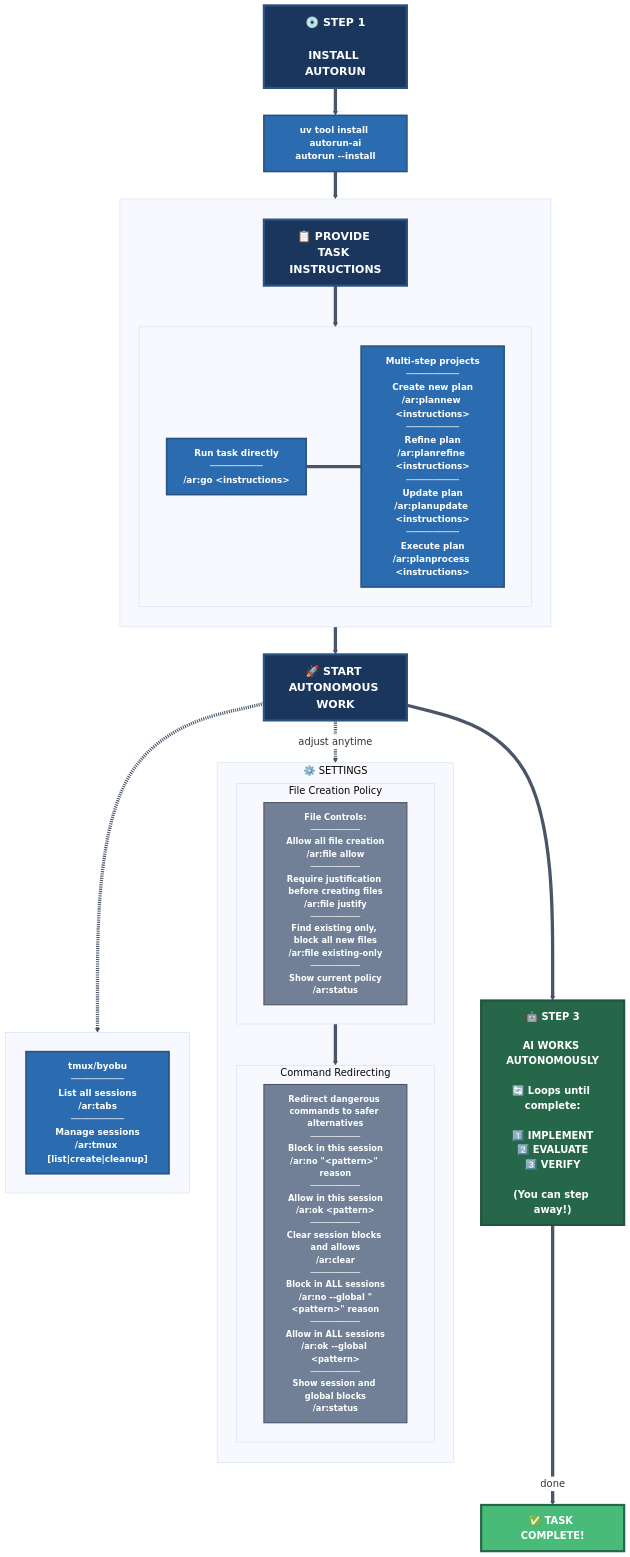
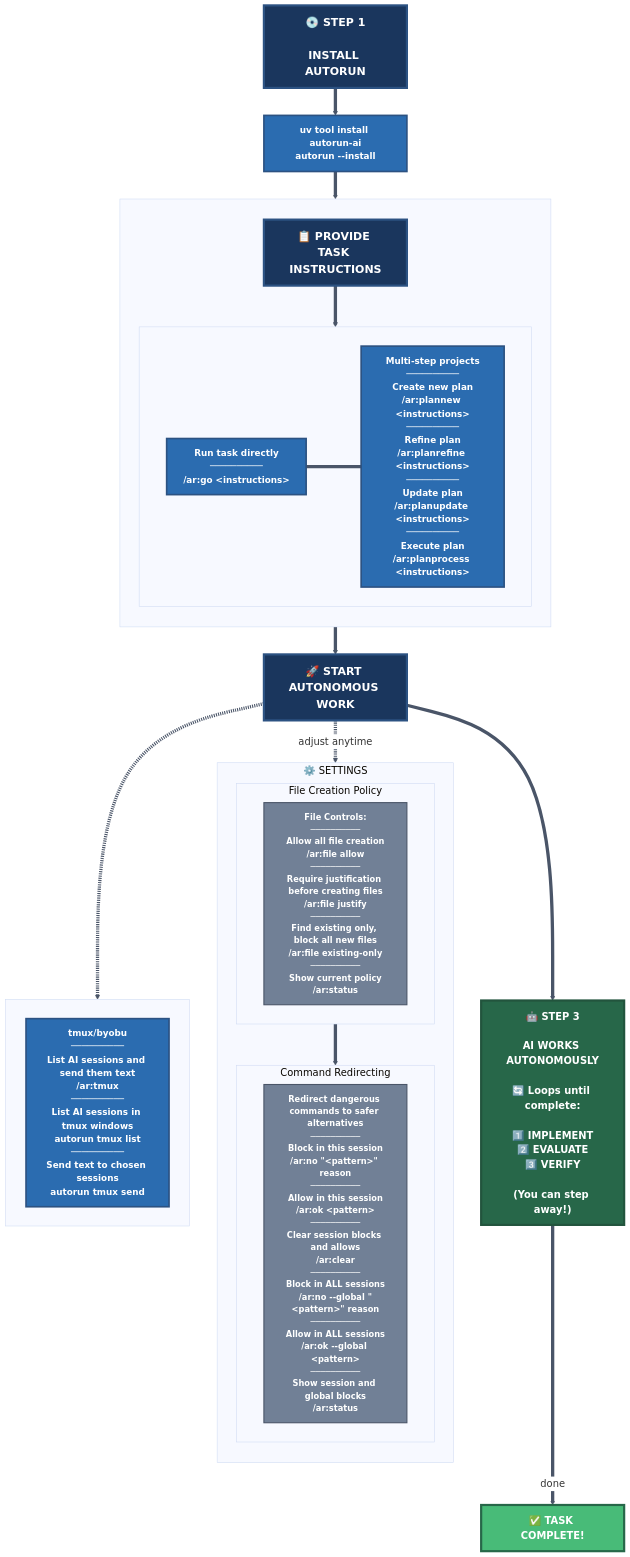
One commit to ahundt/autorun changed the diagram in autorun-architecture.mmd. Above: the diagram before and after it, drawn with Mermaid. The commit also changed 1 other file, not shown here.

Commit message:
autorun-architecture.mmd, autorun-architecture.svg: name /ar:tmux and autorun tmux list/send
Previous behavior: the tmux/byobu box listed "/ar:tabs" for listing sessions
and "/ar:tmux [list|create|cleanup]" for managing them. Neither command is in
the rc4 surface: commands/tmux.md was removed when command documents were
reduced to one per command, and the tmux command replaces the tabs skill
with the tmux skill (/ar:tmux), whose actions are `autorun tmux list` and
`autorun tmux send`.

Change: the box reads "/ar:tmux" (list AI sessions and send them text),
"autorun tmux list" and "autorun tmux send". The SVG was regenerated from the
.mmd with the locally installed mermaid-cli (mmdc 11.12.0, nothing
downloaded); the rendered PNG was checked for layout.

The diagram matches the shipped `skills/tmux/SKILL.md` and the `tmux`
subparser in __main__.py.

Verification: the SVG no longer contains "/ar:tabs" and contains "/ar:tmux"
and "autorun tmux send"; test_documentation_consistency.py and
test_command_surface_one_name.py: 407 passed.

```diff
--- a/autorun-architecture.mmd
+++ b/autorun-architecture.mmd
@@ -1,91 +1,91 @@
 %% Regenerate SVG: npx @mermaid-js/mermaid-cli mmdc -i autorun-architecture.mmd -o autorun-architecture.svg
 %%{init: {'theme': 'base', 'themeVariables': { 'fontSize': '18px', 'fontFamily': 'Arial', 'maxTextWidth': 300, 'subgraphBkg': '#f7fafc', 'lineColor': '#4a5568', 'edgeLabelBackground': '#ffffff'}}}%%
 flowchart TD
     %% ========================================
     %%  STYLING
     %% ========================================
     classDef stepBox fill:#1a365d,stroke:#2c5282,stroke-width:4px,color:#fff,font-size:20px,font-weight:bold;
     classDef choiceBox fill:#2b6cb0,stroke:#2c5282,stroke-width:3px,color:#fff,font-size:16px,font-weight:bold;
     classDef aiBox fill:#276749,stroke:#22543d,stroke-width:4px,color:#fff,font-size:18px,font-weight:bold;
     classDef guardBox fill:#c53030,stroke:#742a2a,stroke-width:3px,color:#fff,font-size:14px,font-weight:bold;
     classDef safeBox fill:#ed8936,stroke:#c05621,stroke-width:3px,color:#fff,font-size:16px,font-weight:bold;
     classDef doneBox fill:#48bb78,stroke:#276749,stroke-width:4px,color:#fff,font-size:18px,font-weight:bold;
     classDef settingBox fill:#718096,stroke:#4a5568,stroke-width:2px,color:#fff,font-size:15px,font-weight:bold;
     classDef settingsPanel fill:#e2e8f0,stroke:#a0aec0,stroke-width:2px,color:#2d3748,font-size:15px,font-weight:bold;
 
     %% ========================================
     %%  STEP 1: INSTALL
     %% ========================================
     INSTALL["💿 STEP 1<br/><br/>INSTALL AUTORUN"]:::stepBox
     INSTALL_CMD["uv tool install autorun-ai<br/>autorun --install"]:::choiceBox
 
     %% ========================================
     %%  SETTINGS PANEL (Always available)
     %% ========================================
     subgraph SETTINGS["⚙️ SETTINGS"]
         direction TB
 
         subgraph FILE_SET["File Creation Policy"]
             F1["<b>File Controls:</b><br/>──────────<br/><b>Allow all file creation</b><br/>/ar:file allow<br/>──────────<br/><b>Require justification before creating files</b><br/>/ar:file justify<br/>──────────<br/><b>Find existing only, block all new files</b><br/>/ar:file existing-only<br/>──────────<br/><b>Show current policy</b><br/>/ar:status"]:::settingBox
         end
 
         FILE_SET --> BLOCK_SET
 
         subgraph BLOCK_SET["Command Redirecting"]
             direction LR
             B1["<b>Redirect dangerous commands to safer alternatives</b><br/>──────────<br/><b>Block in this session</b><br/>/ar:no #quot;&lt;pattern&gt;#quot; reason<br/>──────────<br/><b>Allow in this session</b><br/>/ar:ok &lt;pattern&gt;<br/>──────────<br/><b>Clear session blocks and allows</b><br/>/ar:clear<br/>──────────<br/><b>Block in ALL sessions</b><br/>/ar:no --global #quot;&lt;pattern&gt;#quot; reason<br/>──────────<br/><b>Allow in ALL sessions</b><br/>/ar:ok --global &lt;pattern&gt;<br/>──────────<br/><b>Show session and global blocks</b><br/>/ar:status"]:::settingBox
         end
     end
 
     %% ========================================
     %%  STEP 2: CHOOSE HOW AI WORKS
     %% ========================================
     subgraph WORKFLOW_OPTIONS[" "]
         direction TB
         PROVIDE["📋 PROVIDE TASK INSTRUCTIONS"]:::stepBox
         subgraph WORKFLOW_CMDS[" "]
             direction LR
             W1["<b>Run task directly</b><br/>──────────<br/>/ar:go &lt;instructions&gt;"]:::choiceBox
 
             W2["<b>Multi-step projects</b><br/>──────────<br/><b>Create new plan</b><br/>/ar:plannew &lt;instructions&gt;<br/>──────────<br/><b>Refine plan</b><br/>/ar:planrefine &lt;instructions&gt;<br/>──────────<br/><b>Update plan</b><br/>/ar:planupdate &lt;instructions&gt;<br/>──────────<br/><b>Execute plan</b><br/>/ar:planprocess &lt;instructions&gt;"]:::choiceBox
 
             W1 --- W2
         end
         PROVIDE --> WORKFLOW_CMDS
     end
 
     WORKFLOW["🚀 START AUTONOMOUS WORK"]:::stepBox
 
     %% ========================================
     %%  STEP 3: AI WORKS
     %% ========================================
     AI_ENGINE["🤖 STEP 3<br/><br/>AI WORKS AUTONOMOUSLY<br/><br/>🔄 Loops until complete:<br/><br/>1️⃣ IMPLEMENT<br/>2️⃣ EVALUATE<br/>3️⃣ VERIFY<br/><br/>(You can step away!)"]:::aiBox
 
     %% ========================================
     %%  MONITOR & CONTROL (Optional)
     %% ========================================
     subgraph CONTROL_OPTIONS[" "]
         direction LR
-        C1["<b>tmux/byobu</b><br/>──────────<br/><b>List all sessions</b><br/>/ar:tabs<br/>──────────<br/><b>Manage sessions</b><br/>/ar:tmux [list|create|cleanup]"]:::choiceBox
+        C1["<b>tmux/byobu</b><br/>──────────<br/><b>List AI sessions and send them text</b><br/>/ar:tmux<br/>──────────<br/><b>List AI sessions in tmux windows</b><br/>autorun tmux list<br/>──────────<br/><b>Send text to chosen sessions</b><br/>autorun tmux send"]:::choiceBox
     end
 
     %% ========================================
     %%  COMPLETE
     %% ========================================
     COMPLETE["✅ TASK COMPLETE!"]:::doneBox
 
     %% ========================================
     %%  FLOW
     %% ========================================
     INSTALL --> INSTALL_CMD
     INSTALL_CMD --> WORKFLOW_OPTIONS
 
     WORKFLOW_OPTIONS --> WORKFLOW
     WORKFLOW --> AI_ENGINE
     WORKFLOW -.->|"adjust anytime"| SETTINGS
 
     WORKFLOW -.-> CONTROL_OPTIONS
     AI_ENGINE -->|"done"| COMPLETE
 
     %% Make all connector lines thicker
     linkStyle default stroke-width:6px
```
